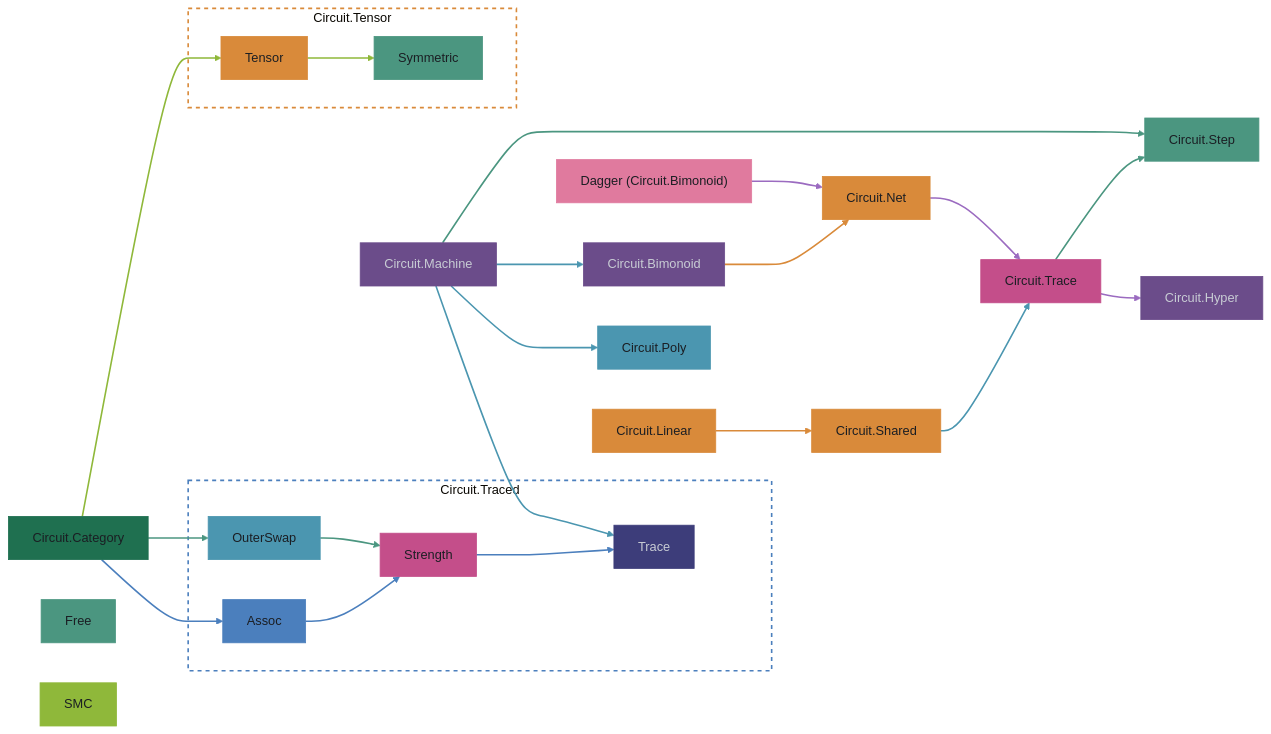
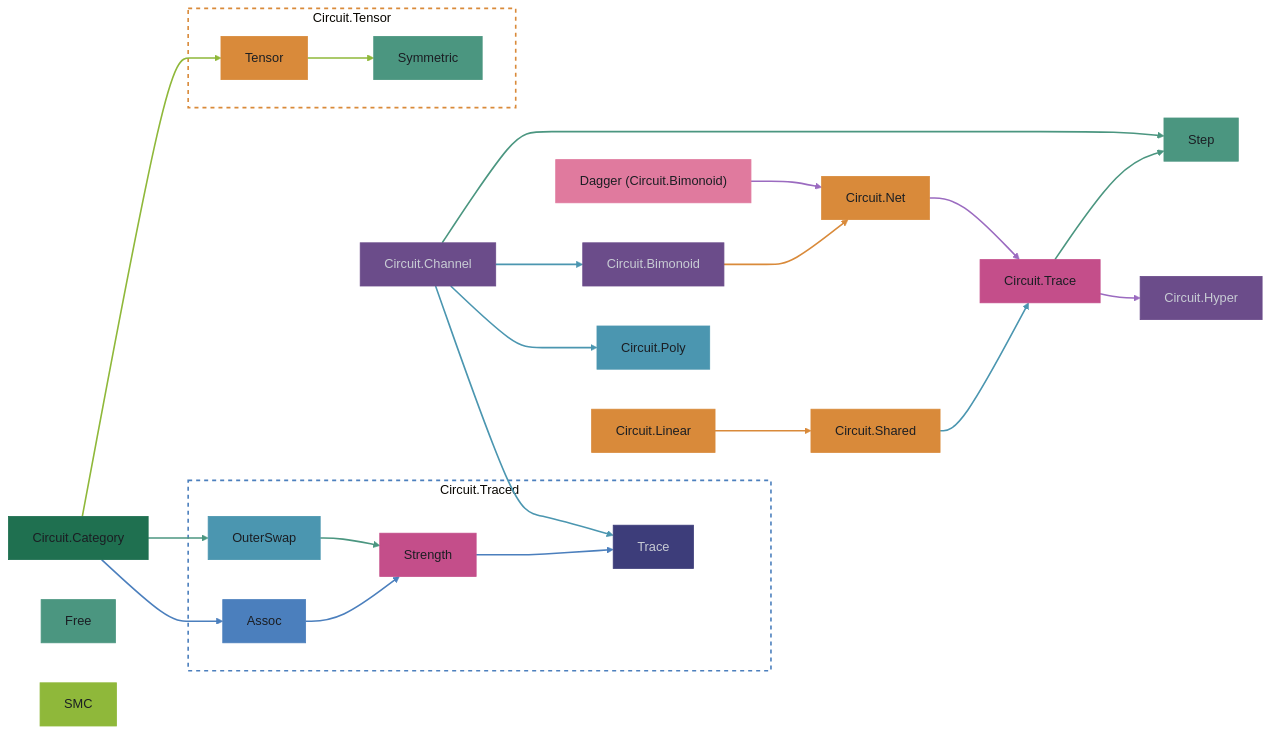
One commit to tonyday567/circuits changed the second of 2 diagrams in readme.md. Above: the diagram before and after it, drawn with Mermaid (base theme). The commit also changed other lines of this file and 25 other files, not shown here.

Commit message:
Consolidate machines into Circuit.Channel

````diff
--- a/readme.md
+++ b/readme.md
@@ -63,72 +63,72 @@
 ```mermaid
 graph LR
   Category["Circuit.Category"]
 
   subgraph Channel ["Circuit.Traced"]
     Assoc["Assoc"]
     OuterSwap["OuterSwap"]
     Strength["Strength"]
     Trace["Trace"]
   end
 
   subgraph Tensor ["Circuit.Tensor"]
     TensorClass["Tensor"]
     Symmetric["Symmetric"]
   end
 
   Net["Circuit.Net"]
   FreeTrace["Circuit.Trace"]
   Hyper["Circuit.Hyper"]
   Dagger["Dagger (Circuit.Bimonoid)"]
   Poly["Circuit.Poly"]
-  Machine["Circuit.Machine"]
-  Step["Circuit.Step"]
+  ChannelModule["Circuit.Channel"]
+  Step["Step"]
   Shared["Circuit.Shared"]
   Bimonoid["Circuit.Bimonoid"]
   Linear["Circuit.Linear"]
 
   Category --> Assoc --> Strength --> Trace
   Category --> OuterSwap --> Strength
   Category --> TensorClass --> Symmetric
   Net --> FreeTrace
   FreeTrace --> Hyper
   Dagger --> Net
-  Machine --> Poly
-  Machine --> Bimonoid
-  Machine --> Trace
+  ChannelModule --> Poly
+  ChannelModule --> Bimonoid
+  ChannelModule --> Trace
   Shared --> FreeTrace
   Bimonoid --> Net
   Linear --> Shared
-  Machine --> Step
+  ChannelModule --> Step
   FreeTrace --> Step
 
   linkStyle 0,1,2 stroke:#4B7FBD,stroke-width:2px
   linkStyle 3,4 stroke:#4B9680,stroke-width:2px
   linkStyle 5,6 stroke:#8FB83A,stroke-width:2px
   linkStyle 7,8,9 stroke:#9B6BC0,stroke-width:2px
   linkStyle 10,11,12,13 stroke:#4B96B0,stroke-width:2px
   linkStyle 14,15 stroke:#D98A3A,stroke-width:2px
   linkStyle 16,17 stroke:#4B9680,stroke-width:2px
 
   style Channel fill:transparent,stroke:#4B7FBD,stroke-width:2px,stroke-dasharray: 5 5
   style Tensor fill:transparent,stroke:#D98A3A,stroke-width:2px,stroke-dasharray: 5 5
   style Category fill:#1F7050,stroke:#1F7050,color:#1b1e23
   style Assoc fill:#4B7FBD,stroke:#4B7FBD,color:#1b1e23
   style OuterSwap fill:#4B96B0,stroke:#4B96B0,color:#1b1e23
   style Strength fill:#C44E8A,stroke:#C44E8A,color:#1b1e23
   style Trace fill:#3D3D7A,stroke:#3D3D7A,color:#c8ccd4
   style TensorClass fill:#D98A3A,stroke:#D98A3A,color:#1b1e23
   style Symmetric fill:#4B9680,stroke:#4B9680,color:#1b1e23
   style Free fill:#4B9680,stroke:#4B9680,color:#1b1e23
   style SMC fill:#8FB83A,stroke:#8FB83A,color:#1b1e23
   style Net fill:#D98A3A,stroke:#D98A3A,color:#1b1e23
   style FreeTrace fill:#C44E8A,stroke:#C44E8A,color:#1b1e23
   style Hyper fill:#6B4C8A,stroke:#6B4C8A,color:#c8ccd4
   style Dagger fill:#E07A9E,stroke:#E07A9E,color:#1b1e23
   style Poly fill:#4B96B0,stroke:#4B96B0,color:#1b1e23
-  style Machine fill:#6B4C8A,stroke:#6B4C8A,color:#c8ccd4
+  style ChannelModule fill:#6B4C8A,stroke:#6B4C8A,color:#c8ccd4
   style Step fill:#4B9680,stroke:#4B9680,color:#1b1e23
   style Shared fill:#D98A3A,stroke:#D98A3A,color:#1b1e23
   style Bimonoid fill:#6B4C8A,stroke:#6B4C8A,color:#c8ccd4
   style Linear fill:#D98A3A,stroke:#D98A3A,color:#1b1e23
 ```
````
